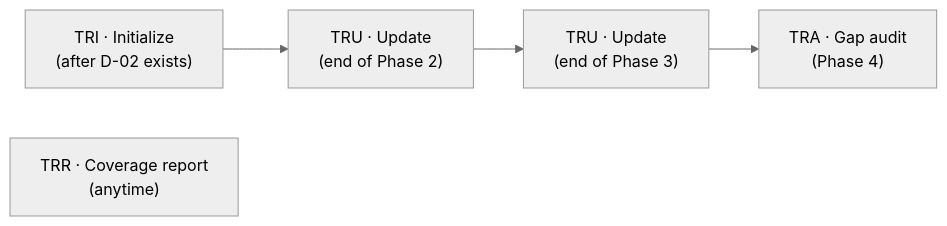
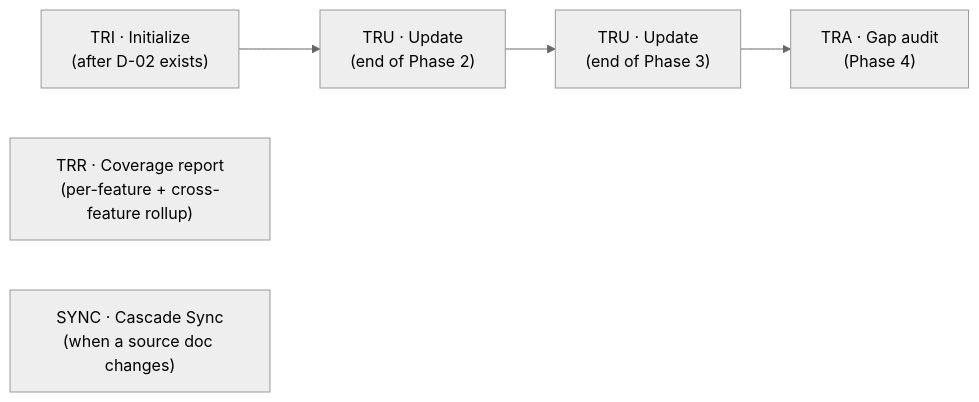
One commit to hanh9898/waterfall-bmad-method changed the second of 2 diagrams in docs/en/tutorials/workflow-map.md. Above: the diagram before and after it, drawn with Mermaid (neutral theme). The commit also changed other lines of this file and 29 other files, not shown here.

First line of the commit message:
docs(hbc): đồng bộ toàn bộ tài liệu sang v2 (incremental per-feature + TDD)

````diff
--- a/docs/en/tutorials/workflow-map.md
+++ b/docs/en/tutorials/workflow-map.md
@@ -50,7 +97,8 @@
 ```mermaid
 flowchart LR
     TRI["TRI · Initialize<br/>(after D-02 exists)"] --> TRU1["TRU · Update<br/>(end of Phase 2)"]
     TRU1 --> TRU2["TRU · Update<br/>(end of Phase 3)"]
     TRU2 --> TRA["TRA · Gap audit<br/>(Phase 4)"]
-    TRR["TRR · Coverage report<br/>(anytime)"]
+    TRR["TRR · Coverage report<br/>(per-feature + cross-feature rollup)"]
+    SYNC["SYNC · Cascade Sync<br/>(when a source doc changes)"]
 ```
````
